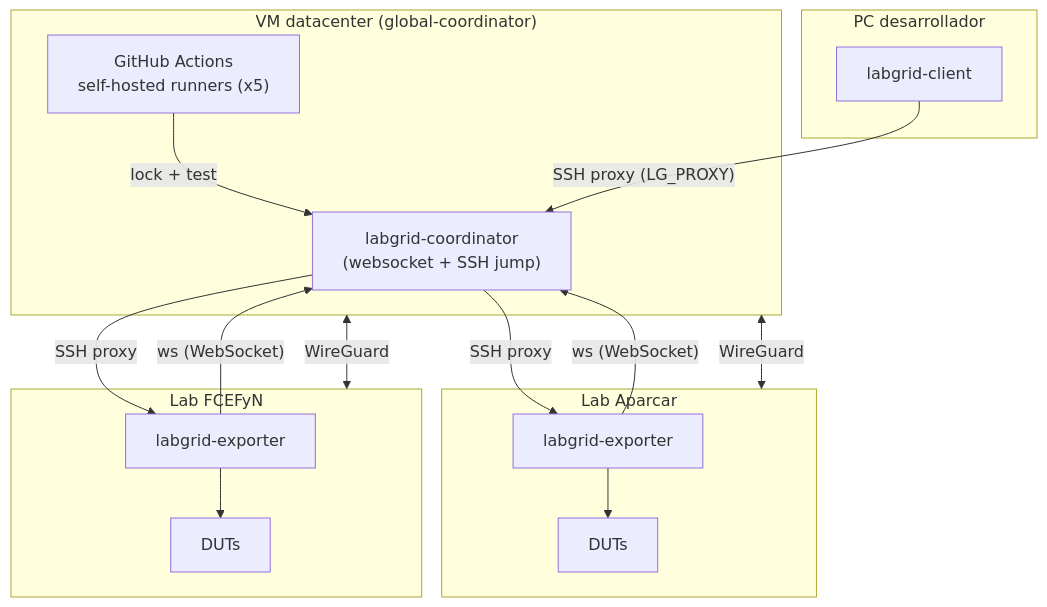
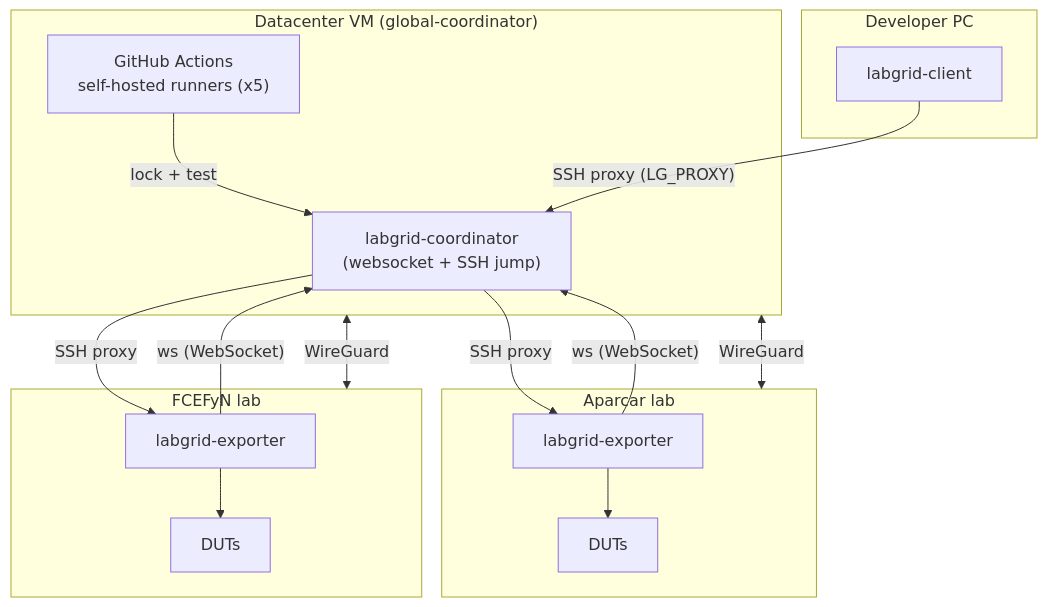
One commit to ccasanueva7/fcefyn_testbed_utils changed the first of 2 diagrams in docs/diseno/openwrt-tests-onboarding.md. Above: the diagram before and after it, drawn with Mermaid. The commit also changed other lines of this file and 23 other files, not shown here.

````diff
--- a/docs/diseno/openwrt-tests-onboarding.md
+++ b/docs/diseno/openwrt-tests-onboarding.md
@@ -11,28 +11,28 @@
 ```mermaid
 flowchart TB
-    subgraph datacenter ["VM datacenter (global-coordinator)"]
+    subgraph datacenter ["Datacenter VM (global-coordinator)"]
         GC["labgrid-coordinator<br/>(websocket + SSH jump)"]
         RUNNERS["GitHub Actions<br/>self-hosted runners (x5)"]
     end
-    subgraph lab_aparcar ["Lab Aparcar"]
+    subgraph lab_aparcar ["Aparcar lab"]
         EXP_A["labgrid-exporter"]
         DUT_A["DUTs"]
     end
-    subgraph lab_fcefyn ["Lab FCEFyN"]
+    subgraph lab_fcefyn ["FCEFyN lab"]
         EXP_F["labgrid-exporter"]
         DUT_F["DUTs"]
     end
-    subgraph dev_pc ["PC desarrollador"]
+    subgraph dev_pc ["Developer PC"]
         DEV["labgrid-client"]
     end
     EXP_A -->|"ws (WebSocket)"| GC
     EXP_F -->|"ws (WebSocket)"| GC
     lab_aparcar <-->|WireGuard| datacenter
     lab_fcefyn <-->|WireGuard| datacenter
     RUNNERS -->|"lock + test"| GC
     DEV -->|"SSH proxy (LG_PROXY)"| GC
     GC -->|"SSH proxy"| EXP_A
     GC -->|"SSH proxy"| EXP_F
     EXP_A --> DUT_A
     EXP_F --> DUT_F
 ```
````
